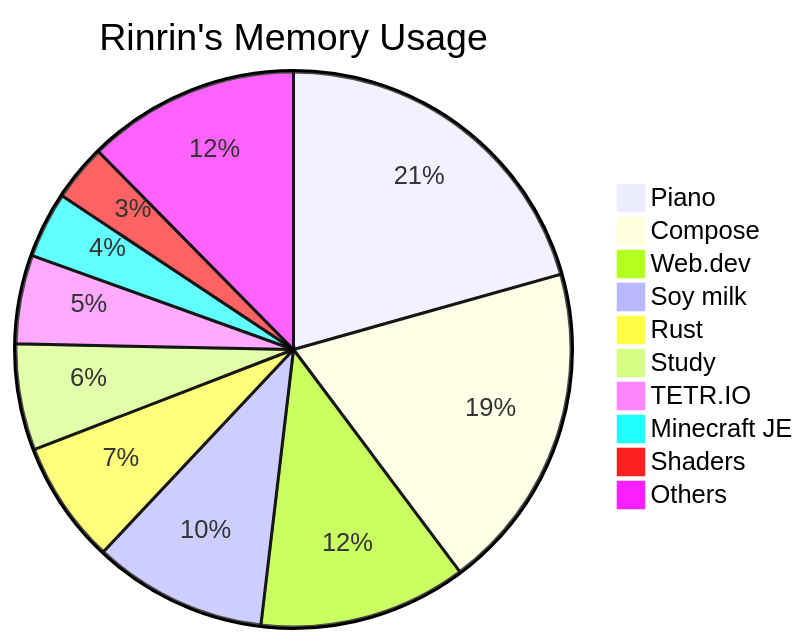
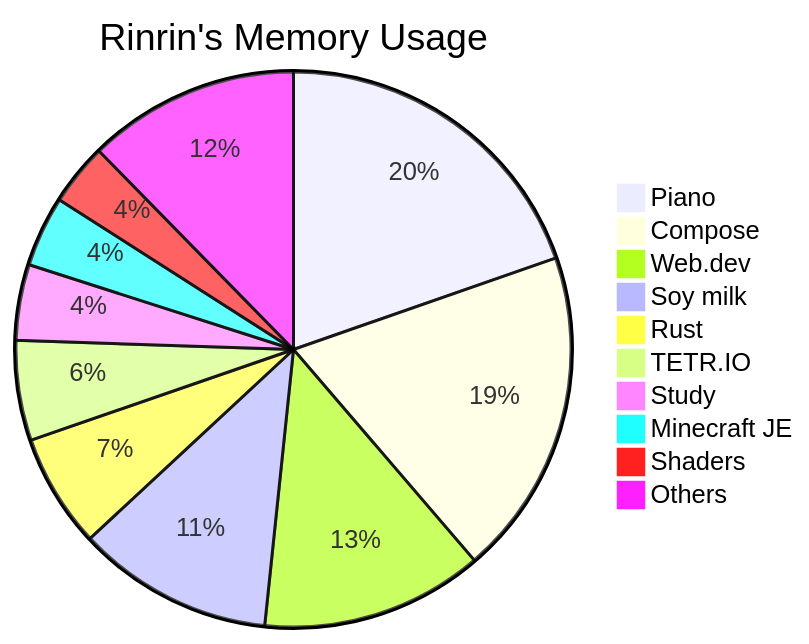
Before and after one commit to Rinrin0413/Rinrin0413: the diagram in README.md, drawn with Mermaid.

Commit message:
🛠 Update: Rinrin's Memory Usage

````diff
--- a/README.md
+++ b/README.md
@@ -76,13 +76,13 @@
 ```mermaid
 pie title Rinrin's Memory Usage
-    "Piano": 220
-    "Compose": 204
+    "Piano": 196
+    "Compose": 190
     "Web.dev": 129
-    "Soy milk": 108
-    "Rust": 76
-    "Study": 66
-    "TETR.IO": 55
+    "Soy milk": 114
+    "Rust": 66
+    "TETR.IO": 58
+    "Study": 44
     "Minecraft JE": 41
-    "Shaders": 35
-    "Others": 132
+    "Shaders": 36
+    "Others": 123
 ```
````
